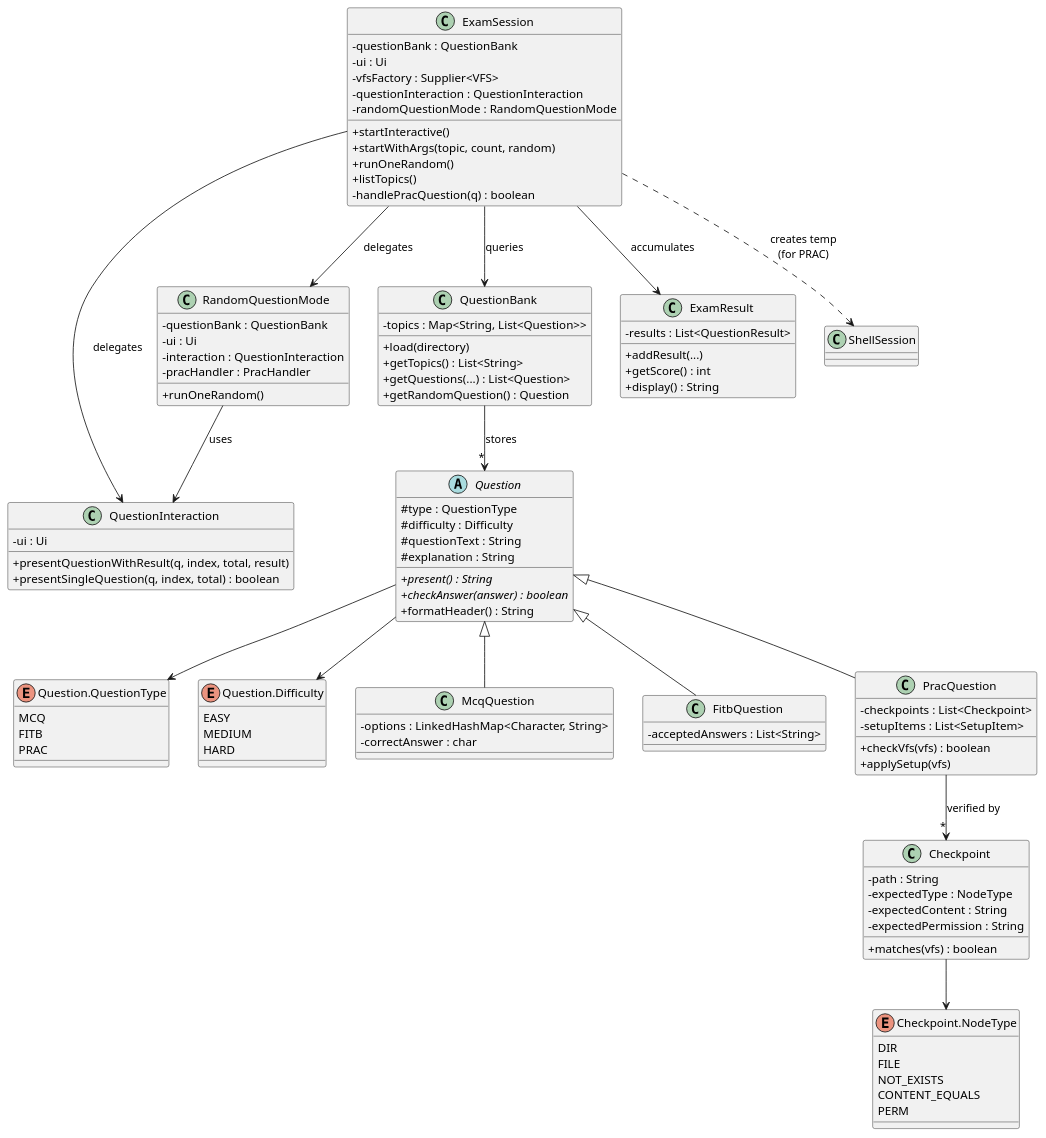
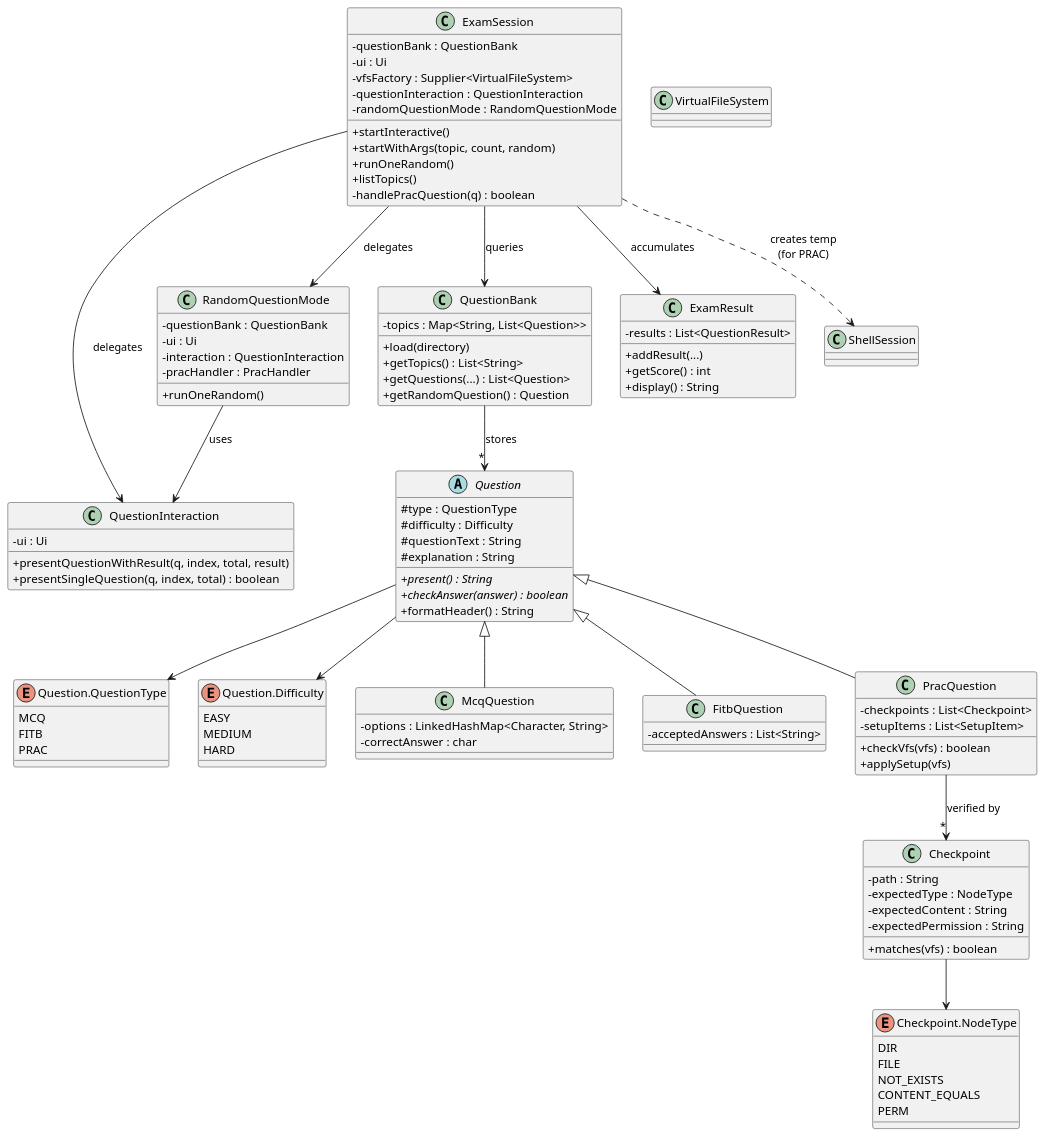
Before and after one commit to siddhant2118/tp: the diagram in docs/diagrams/ExamClassDiagram.puml, drawn with PlantUML. The commit also changed 3 other files, not shown here.

Commit message:
Update UML diagrams

```diff
--- a/docs/diagrams/ExamClassDiagram.puml
+++ b/docs/diagrams/ExamClassDiagram.puml
@@ -1,111 +1,114 @@
 @startuml ExamClassDiagram
 skinparam classAttributeIconSize 0
 
 abstract class Question {
     # type : QuestionType
     # difficulty : Difficulty
     # questionText : String
     # explanation : String
     + {abstract} present() : String
     + {abstract} checkAnswer(answer) : boolean
     + formatHeader() : String
 }
 
 enum "Question.QuestionType" as QT {
     MCQ
     FITB
     PRAC
 }
 
 enum "Question.Difficulty" as QD {
     EASY
     MEDIUM
     HARD
 }
 
 class McqQuestion extends Question {
     - options : LinkedHashMap<Character, String>
     - correctAnswer : char
 }
 
 class FitbQuestion extends Question {
     - acceptedAnswers : List<String>
 }
 
 class PracQuestion extends Question {
     - checkpoints : List<Checkpoint>
     - setupItems : List<SetupItem>
     + checkVfs(vfs) : boolean
     + applySetup(vfs)
 }
 
 class Checkpoint {
     - path : String
     - expectedType : NodeType
     - expectedContent : String
     - expectedPermission : String
     + matches(vfs) : boolean
 }
 
 enum "Checkpoint.NodeType" as NodeType {
     DIR
     FILE
     NOT_EXISTS
     CONTENT_EQUALS
     PERM
 }
 
 class ExamSession {
     - questionBank : QuestionBank
     - ui : Ui
-    - vfsFactory : Supplier<VFS>
+    - vfsFactory : Supplier<VirtualFileSystem>
     - questionInteraction : QuestionInteraction
     - randomQuestionMode : RandomQuestionMode
     + startInteractive()
     + startWithArgs(topic, count, random)
     + runOneRandom()
     + listTopics()
     - handlePracQuestion(q) : boolean
 }
+
+' Note: VirtualFileSystem lives in linuxlingo.shell.vfs
+class VirtualFileSystem
 
 class QuestionInteraction {
     - ui : Ui
     + presentQuestionWithResult(q, index, total, result)
     + presentSingleQuestion(q, index, total) : boolean
 }
 
 class RandomQuestionMode {
     - questionBank : QuestionBank
     - ui : Ui
     - interaction : QuestionInteraction
     - pracHandler : PracHandler
     + runOneRandom()
 }
 
 class QuestionBank {
     - topics : Map<String, List<Question>>
     + load(directory)
     + getTopics() : List<String>
     + getQuestions(...) : List<Question>
     + getRandomQuestion() : Question
 }
 
 class ExamResult {
     - results : List<QuestionResult>
     + addResult(...)
     + getScore() : int
     + display() : String
 }
 
 ExamSession --> QuestionBank : queries
 ExamSession --> ExamResult : accumulates
 ExamSession --> QuestionInteraction : delegates
 ExamSession --> RandomQuestionMode : delegates
 ExamSession ..> ShellSession : creates temp\n(for PRAC)
 QuestionBank --> "*" Question : stores
 RandomQuestionMode --> QuestionInteraction : uses
 PracQuestion --> "*" Checkpoint : verified by
 Question --> QT
 Question --> QD
 Checkpoint --> NodeType
 @enduml
```
